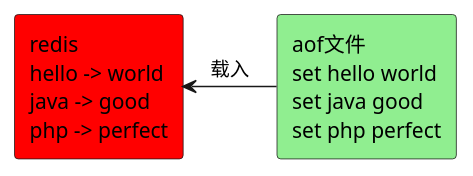
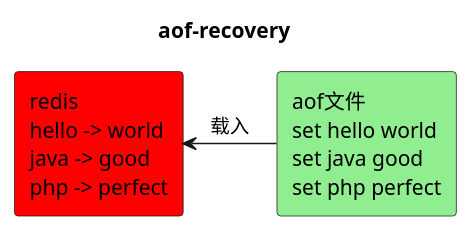
Before and after one commit to zhangxishuo/knowledge: the sixth of 10 diagrams in redis/02-persistence/assets.wsd, drawn with PlantUML. The commit also changed other lines of this file and 10 other files, not shown here.

```diff
--- a/redis/02-persistence/assets.wsd
+++ b/redis/02-persistence/assets.wsd
@@ -59,8 +64,9 @@
 @startuml
+title aof-recovery
 skinparam style strictuml
 
 rectangle "redis\nhello -> world\njava -> good\nphp -> perfect" as redis #red
 rectangle "aof文件\nset hello world\nset java good\nset php perfect" as aof #lightgreen
 
 aof -left-> redis: 载入
 @enduml
```
